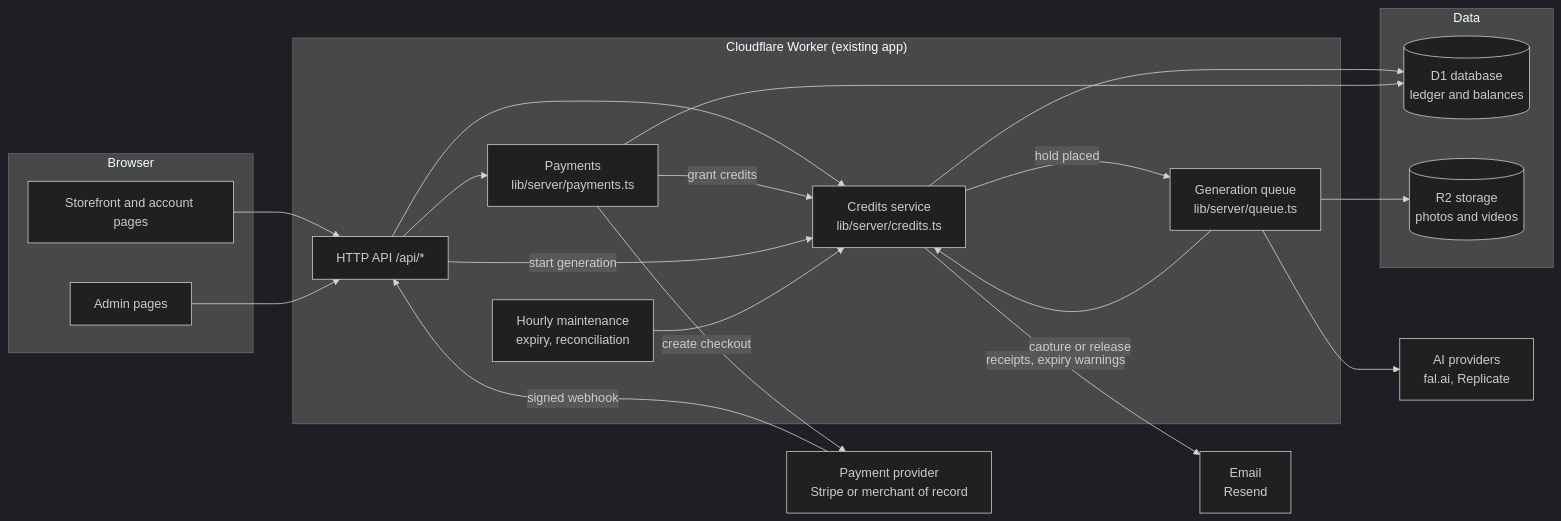
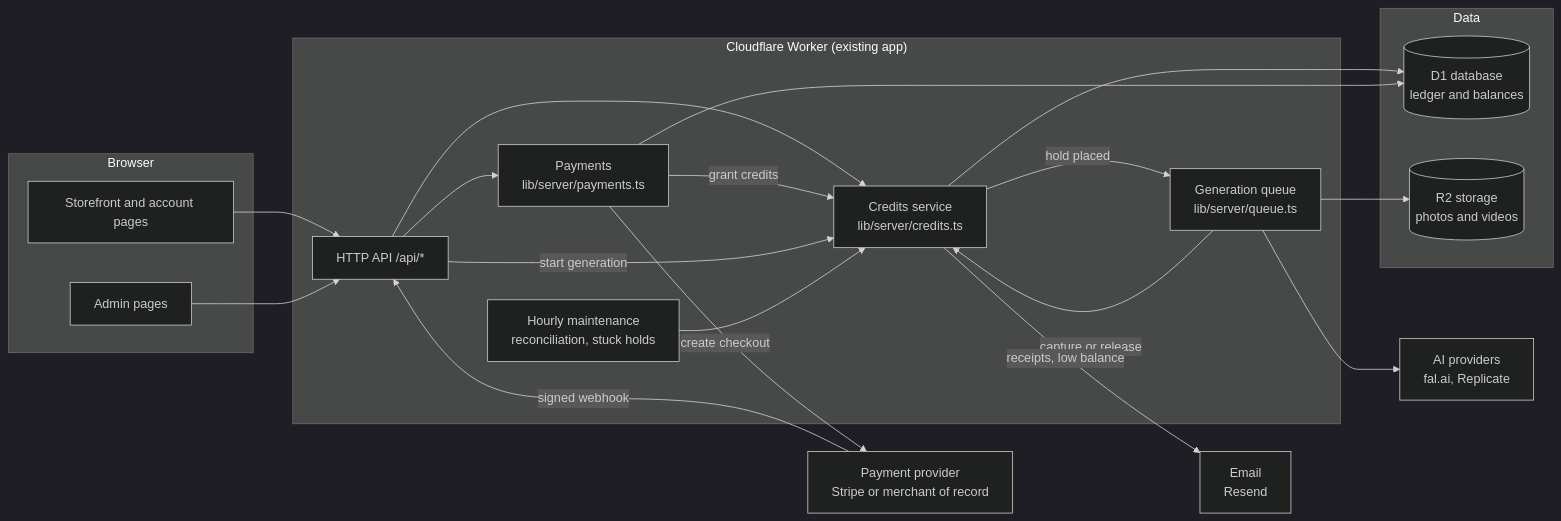
Before and after one commit to EgliMalaj09/ai-clone: the first of 7 diagrams in docs/CREDITS-ARCHITECTURE.md, drawn with Mermaid (dark theme). The commit also changed other lines of this file, not shown here.

````diff
--- a/docs/CREDITS-ARCHITECTURE.md
+++ b/docs/CREDITS-ARCHITECTURE.md
@@ -58,38 +58,38 @@
 ```mermaid
 flowchart LR
   subgraph Browser
     UI[Storefront and account pages]
     ADM[Admin pages]
   end
   subgraph Worker["Cloudflare Worker (existing app)"]
     API[HTTP API /api/*]
     CR[Credits service<br/>lib/server/credits.ts]
     PAY[Payments<br/>lib/server/payments.ts]
     Q[Generation queue<br/>lib/server/queue.ts]
-    MAINT[Hourly maintenance<br/>expiry, reconciliation]
+    MAINT[Hourly maintenance<br/>reconciliation, stuck holds]
   end
   subgraph Data
     D1[(D1 database<br/>ledger and balances)]
     R2[(R2 storage<br/>photos and videos)]
   end
   PSP[Payment provider<br/>Stripe or merchant of record]
   AI[AI providers<br/>fal.ai, Replicate]
   MAIL[Email<br/>Resend]
 
   UI --> API
   ADM --> API
   API --> CR
   API --> PAY
   PAY -- create checkout --> PSP
   PSP -- signed webhook --> API
   PAY -- grant credits --> CR
   API -- start generation --> CR
   CR -- hold placed --> Q
   Q --> AI
   Q -- capture or release --> CR
   Q --> R2
   CR --> D1
   PAY --> D1
   MAINT --> CR
-  CR -- receipts, expiry warnings --> MAIL
+  CR -- receipts, low balance --> MAIL
 ```
````
